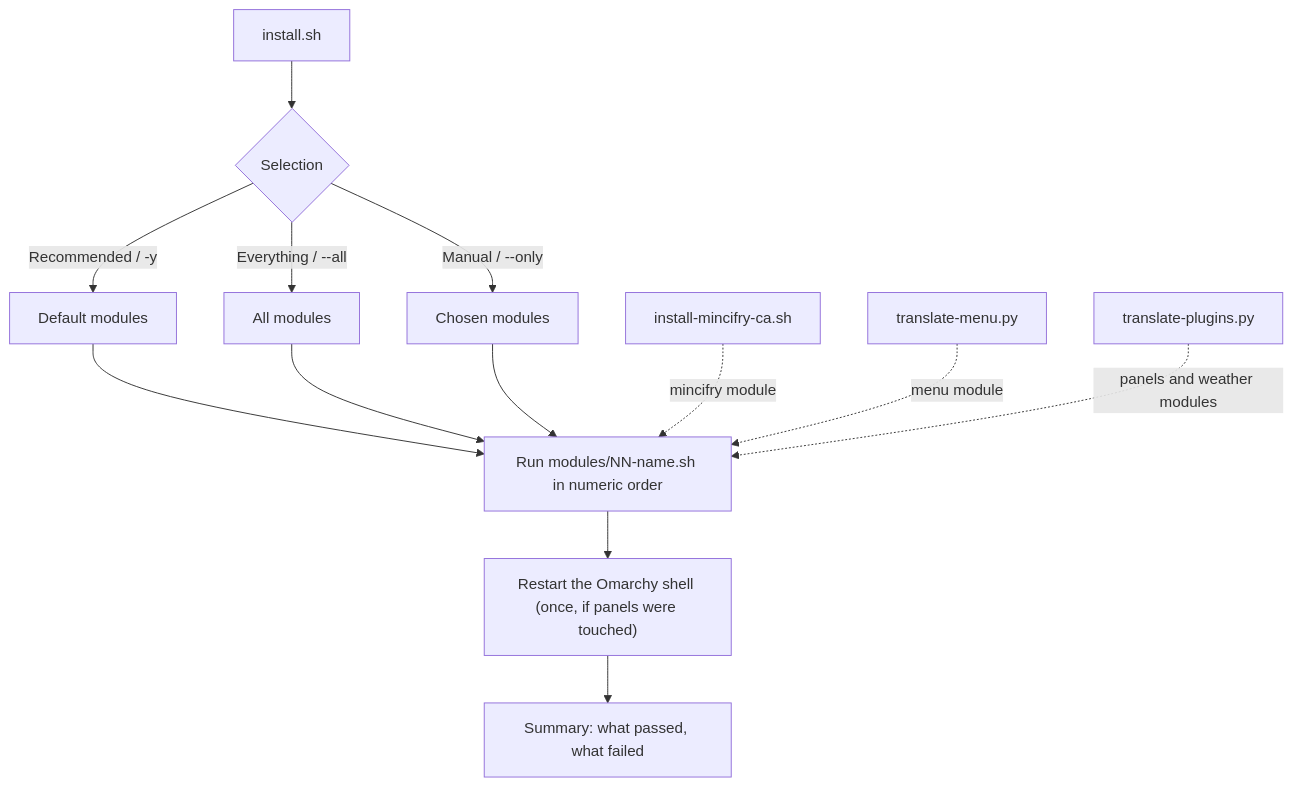
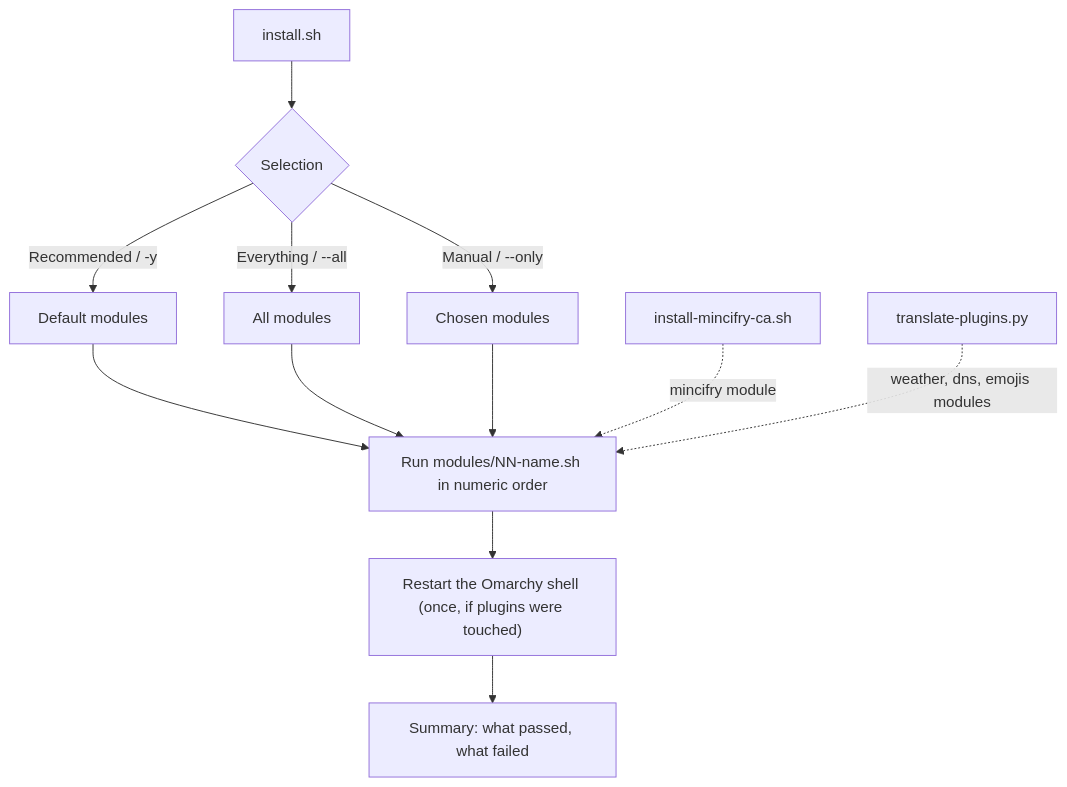
One commit to chastnik/omarchy-rus changed the first of 3 diagrams in README.en.md. Above: the diagram before and after it, drawn with Mermaid. The commit also changed other lines of this file and 20 other files, not shown here.

````diff
--- a/README.en.md
+++ b/README.en.md
@@ -85,15 +88,14 @@
 ```mermaid
 flowchart TD
     I["install.sh"] --> S{"Selection"}
     S -->|"Recommended / -y"| D["Default modules"]
     S -->|"Everything / --all"| A["All modules"]
     S -->|"Manual / --only"| U["Chosen modules"]
     D --> R["Run modules/NN-name.sh in numeric order"]
     A --> R
     U --> R
-    R --> X["Restart the Omarchy shell (once, if panels were touched)"]
+    R --> X["Restart the Omarchy shell (once, if plugins were touched)"]
     X --> Y["Summary: what passed, what failed"]
     C["install-mincifry-ca.sh"] -.->|"mincifry module"| R
-    M["translate-menu.py"] -.->|"menu module"| R
-    T["translate-plugins.py"] -.->|"panels and weather modules"| R
+    T["translate-plugins.py"] -.->|"weather, dns, emojis modules"| R
 ```
````
